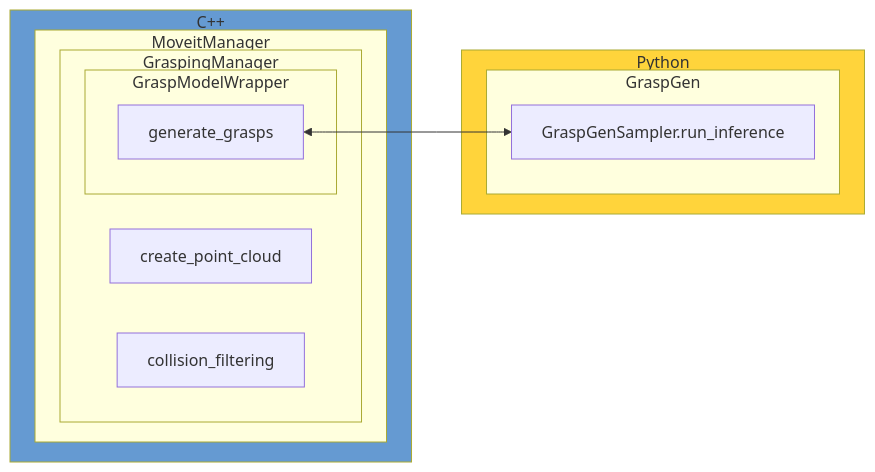
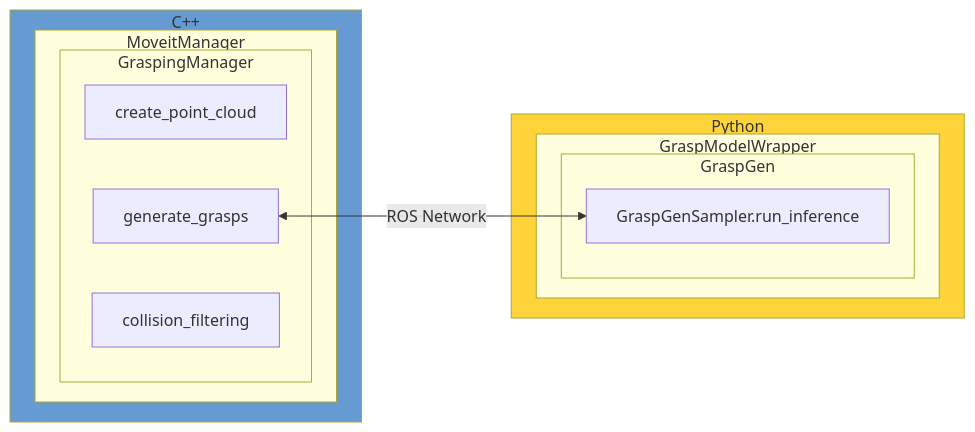
The diagram in docs/diagrams/grasping_software_architecture.mmd (alliander-opensource/rcdt_robotics), drawn with Mermaid before and after one commit. The commit also changed 1 other file, not shown here.

```diff
--- a/docs/diagrams/grasping_software_architecture.mmd
+++ b/docs/diagrams/grasping_software_architecture.mmd
@@ -1,23 +1,23 @@
 flowchart LR 
     subgraph C++
         subgraph MoveitManager
             subgraph GraspingManager
                 create_point_cloud
+                generate_grasps
                 collision_filtering
-                subgraph GraspModelWrapper
-                    generate_grasps
-                end
             end
         end
     end
 
     subgraph Python
-        subgraph GraspGen
-            GraspGenSampler.run_inference
+        subgraph GraspModelWrapper
+            subgraph GraspGen
+                GraspGenSampler.run_inference
+            end
         end
     end
 
-    generate_grasps <--> GraspGenSampler.run_inference
+    generate_grasps <-- ROS Network --> GraspGenSampler.run_inference
 
     style C++ fill: #659AD2
     style Python fill: #FFD43B
```
